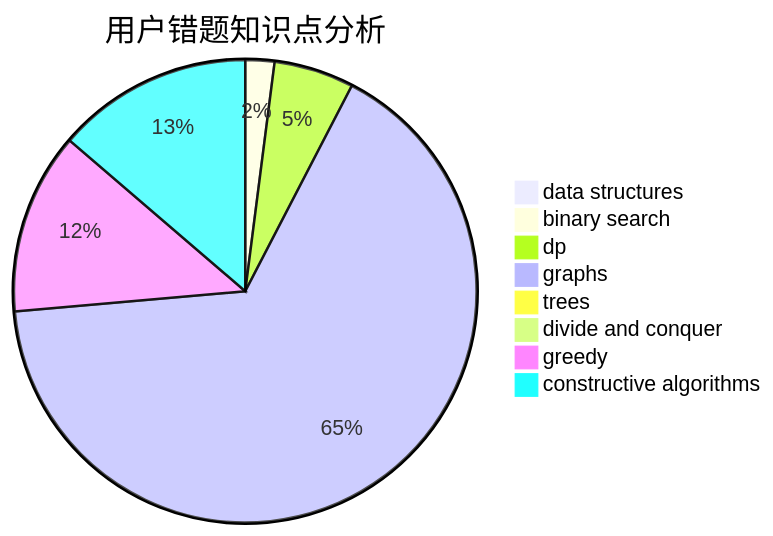
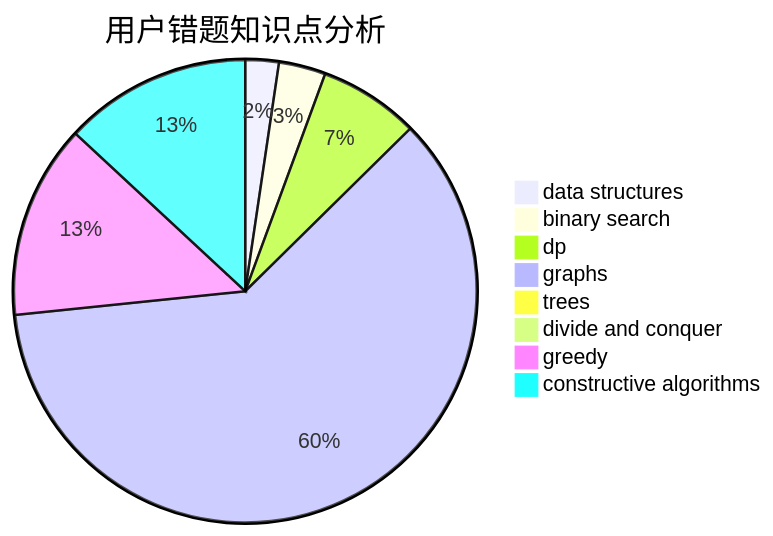
One commit to sherpahu/cfrs.github.io changed the third of 3 diagrams in docs/user/u31.md. Above: the diagram before and after it, drawn with Mermaid. The commit also changed other lines of this file and 2770 other files, not shown here.

````diff
--- a/docs/user/u31.md
+++ b/docs/user/u31.md
@@ -36,11 +36,11 @@
 ```mermaid
 pie title 用户错题知识点分析
-    "data structures" :  2
-    "binary search" :  4
-    "dp" :  11
+    "data structures" :  5
+    "binary search" :  7
+    "dp" :  15
     "graphs" :  130
     "trees" :  2
     "divide and conquer" :  0
-    "greedy" :  25
-    "constructive algorithms" :  27
+    "greedy" :  29
+    "constructive algorithms" :  28
 ```
````
